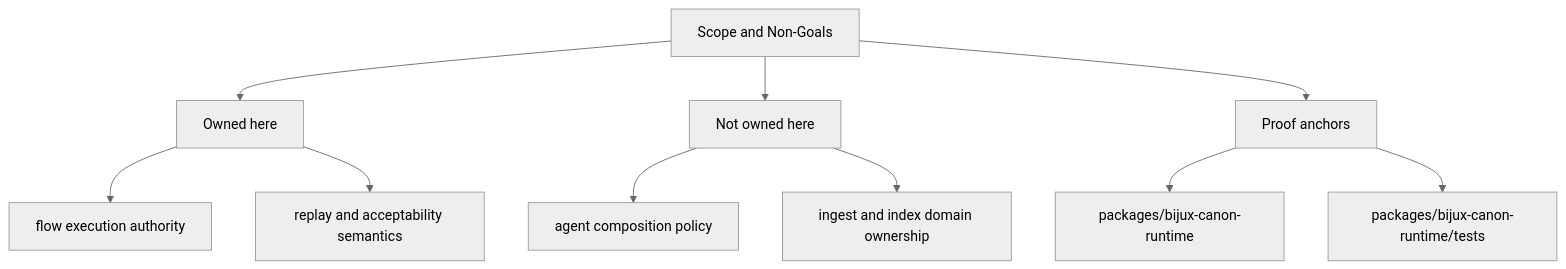
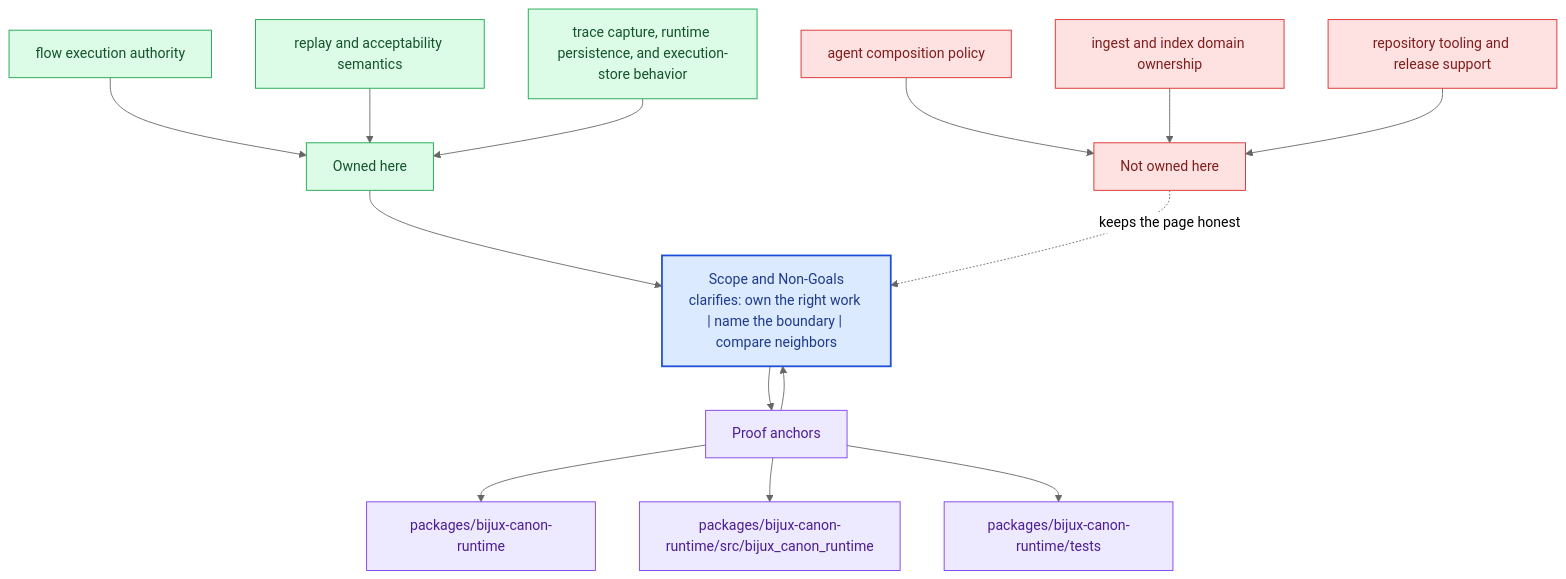
One commit to bijux/bijux-canon changed the second of 2 diagrams in docs/bijux-canon-runtime/foundation/scope-and-non-goals.md. Above: the diagram before and after it, drawn with Mermaid (neutral theme). The commit also changed other lines of this file and 281 other files, not shown here.

Commit message:
docs(diagrams): deepen handbook mermaid maps across the catalog

````diff
--- a/docs/bijux-canon-runtime/foundation/scope-and-non-goals.md
+++ b/docs/bijux-canon-runtime/foundation/scope-and-non-goals.md
@@ -36,22 +69,40 @@
 ```mermaid
-flowchart TD
-    page["Scope and Non-Goals"]
+flowchart TB
+    promise["Scope and Non-Goals<br/>clarifies: own the right work | name the boundary | compare neighbors"]
+    classDef promise fill:#dbeafe,stroke:#1d4ed8,color:#1e3a8a,stroke-width:2px;
+    classDef driver fill:#dcfce7,stroke:#16a34a,color:#14532d;
+    classDef constraint fill:#fee2e2,stroke:#dc2626,color:#7f1d1d;
+    classDef ground fill:#ede9fe,stroke:#7c3aed,color:#4c1d95;
     focus1["Owned here"]
-    page --> focus1
+    focus1 --> promise
     focus1_1["flow execution authority"]
-    focus1 --> focus1_1
+    focus1_1 --> focus1
     focus1_2["replay and acceptability semantics"]
-    focus1 --> focus1_2
+    focus1_2 --> focus1
+    focus1_3["trace capture, runtime persistence, and execution-store behavior"]
+    focus1_3 --> focus1
+    class focus1 driver;
+    class focus1_1,focus1_2,focus1_3 driver;
     focus2["Not owned here"]
-    page --> focus2
+    focus2 -.keeps the page honest.-> promise
     focus2_1["agent composition policy"]
-    focus2 --> focus2_1
+    focus2_1 --> focus2
     focus2_2["ingest and index domain ownership"]
-    focus2 --> focus2_2
+    focus2_2 --> focus2
+    focus2_3["repository tooling and release support"]
+    focus2_3 --> focus2
+    class focus2 constraint;
+    class focus2_1,focus2_2,focus2_3 constraint;
     focus3["Proof anchors"]
-    page --> focus3
+    focus3 --> promise
+    promise --> focus3
     focus3_1["packages/bijux-canon-runtime"]
     focus3 --> focus3_1
-    focus3_2["packages/bijux-canon-runtime/tests"]
+    focus3_2["packages/bijux-canon-runtime/src/bijux_canon_runtime"]
     focus3 --> focus3_2
+    focus3_3["packages/bijux-canon-runtime/tests"]
+    focus3 --> focus3_3
+    class focus3 ground;
+    class focus3_1,focus3_2,focus3_3 ground;
+    class promise promise;
 ```
````
